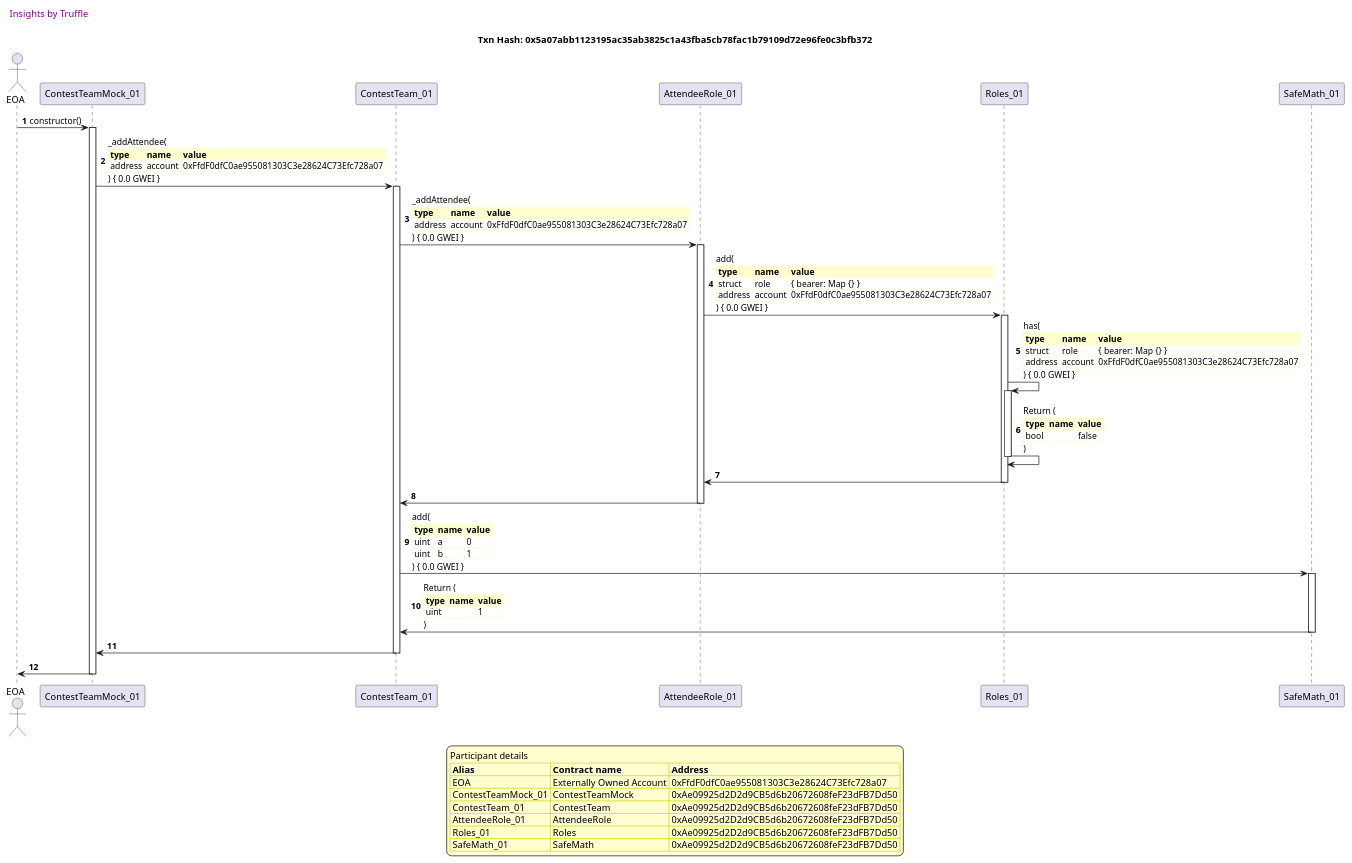
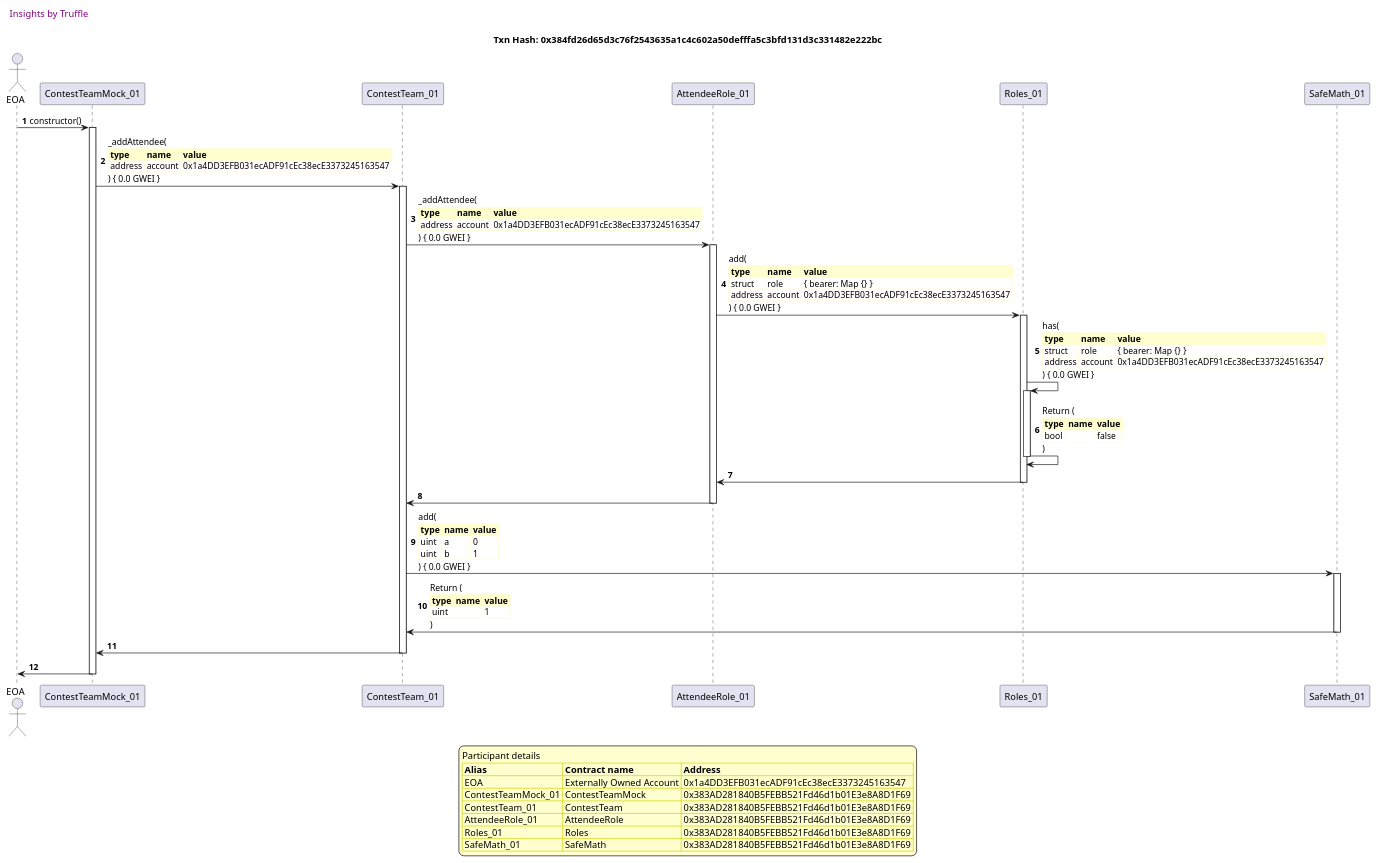
Diagram 11 of 50 in truffle-seq/core_contestteam.md (fodisi/hackapay), drawn with PlantUML before and after one commit. The commit also changed other lines of this file and 10 other files, not shown here.

````diff
--- a/truffle-seq/core_contestteam.md
+++ b/truffle-seq/core_contestteam.md
@@ -931,79 +926,79 @@
 ```plantuml
 
 
 @startuml
 
 autonumber
 skinparam legendBackgroundColor #FEFECE
 
 <style>
       header {
         HorizontalAlignment left
         FontColor purple
         FontSize 14
         Padding 10
       }
     </style>
 
 header Insights by Truffle
 
-title Txn Hash: 0x5a07abb1123195ac35ab3825c1a43fba5cb78fac1b79109d72e96fe0c3bfb372
+title Txn Hash: 0x384fd26d65d3c76f2543635a1c4c602a50defffa5c3bfd131d3c331482e222bc
 
 
 actor EOA as "EOA"
 participant ContestTeamMock_01 as "ContestTeamMock_01"
 participant ContestTeam_01 as "ContestTeam_01"
 participant AttendeeRole_01 as "AttendeeRole_01"
 participant Roles_01 as "Roles_01"
 participant SafeMath_01 as "SafeMath_01"
 
 "EOA" -> "ContestTeamMock_01" ++: constructor()
 "ContestTeamMock_01" -> "ContestTeam_01" ++: _addAttendee(\n\
 <#FEFECE,#FEFECE>|= type |= name |= value |\n\
-| address | account | 0xFfdF0dfC0ae955081303C3e28624C73Efc728a07 |\n\
+| address | account | 0x1a4DD3EFB031ecADF91cEc38ecE3373245163547 |\n\
 ) { 0.0 GWEI }
 "ContestTeam_01" -> "AttendeeRole_01" ++: _addAttendee(\n\
 <#FEFECE,#FEFECE>|= type |= name |= value |\n\
-| address | account | 0xFfdF0dfC0ae955081303C3e28624C73Efc728a07 |\n\
+| address | account | 0x1a4DD3EFB031ecADF91cEc38ecE3373245163547 |\n\
 ) { 0.0 GWEI }
 "AttendeeRole_01" -> "Roles_01" ++: add(\n\
 <#FEFECE,#FEFECE>|= type |= name |= value |\n\
 | struct | role | { bearer: Map {} } |\n\
-| address | account | 0xFfdF0dfC0ae955081303C3e28624C73Efc728a07 |\n\
+| address | account | 0x1a4DD3EFB031ecADF91cEc38ecE3373245163547 |\n\
 ) { 0.0 GWEI }
 "Roles_01" -> "Roles_01" ++: has(\n\
 <#FEFECE,#FEFECE>|= type |= name |= value |\n\
 | struct | role | { bearer: Map {} } |\n\
-| address | account | 0xFfdF0dfC0ae955081303C3e28624C73Efc728a07 |\n\
+| address | account | 0x1a4DD3EFB031ecADF91cEc38ecE3373245163547 |\n\
 ) { 0.0 GWEI }
 "Roles_01" -> "Roles_01" --: Return (\n\
 <#FEFECE,#FEFECE>|= type |= name |= value |\n\
 | bool |  | false |\n\
 )
 "Roles_01" -> "AttendeeRole_01" --: 
 "AttendeeRole_01" -> "ContestTeam_01" --: 
 "ContestTeam_01" -> "SafeMath_01" ++: add(\n\
 <#FEFECE,#FEFECE>|= type |= name |= value |\n\
 | uint | a | 0 |\n\
 | uint | b | 1 |\n\
 ) { 0.0 GWEI }
 "SafeMath_01" -> "ContestTeam_01" --: Return (\n\
 <#FEFECE,#FEFECE>|= type |= name |= value |\n\
 | uint |  | 1 |\n\
 )
 "ContestTeam_01" -> "ContestTeamMock_01" --: 
 "ContestTeamMock_01" -> "EOA" --: 
 
 legend
 Participant details
 <#FEFECE,#D0D000>|= Alias |= Contract name |= Address |
-<#FEFECE>| EOA | Externally Owned Account | 0xFfdF0dfC0ae955081303C3e28624C73Efc728a07 |
-<#FEFECE>| ContestTeamMock_01 | ContestTeamMock | 0xAe09925d2D2d9CB5d6b20672608feF23dFB7Dd50 |
-<#FEFECE>| ContestTeam_01 | ContestTeam | 0xAe09925d2D2d9CB5d6b20672608feF23dFB7Dd50 |
-<#FEFECE>| AttendeeRole_01 | AttendeeRole | 0xAe09925d2D2d9CB5d6b20672608feF23dFB7Dd50 |
-<#FEFECE>| Roles_01 | Roles | 0xAe09925d2D2d9CB5d6b20672608feF23dFB7Dd50 |
-<#FEFECE>| SafeMath_01 | SafeMath | 0xAe09925d2D2d9CB5d6b20672608feF23dFB7Dd50 |
+<#FEFECE>| EOA | Externally Owned Account | 0x1a4DD3EFB031ecADF91cEc38ecE3373245163547 |
+<#FEFECE>| ContestTeamMock_01 | ContestTeamMock | 0x383AD281840B5FEBB521Fd46d1b01E3e8A8D1F69 |
+<#FEFECE>| ContestTeam_01 | ContestTeam | 0x383AD281840B5FEBB521Fd46d1b01E3e8A8D1F69 |
+<#FEFECE>| AttendeeRole_01 | AttendeeRole | 0x383AD281840B5FEBB521Fd46d1b01E3e8A8D1F69 |
+<#FEFECE>| Roles_01 | Roles | 0x383AD281840B5FEBB521Fd46d1b01E3e8A8D1F69 |
+<#FEFECE>| SafeMath_01 | SafeMath | 0x383AD281840B5FEBB521Fd46d1b01E3e8A8D1F69 |
 endlegend
 
 @enduml
 ```
````
